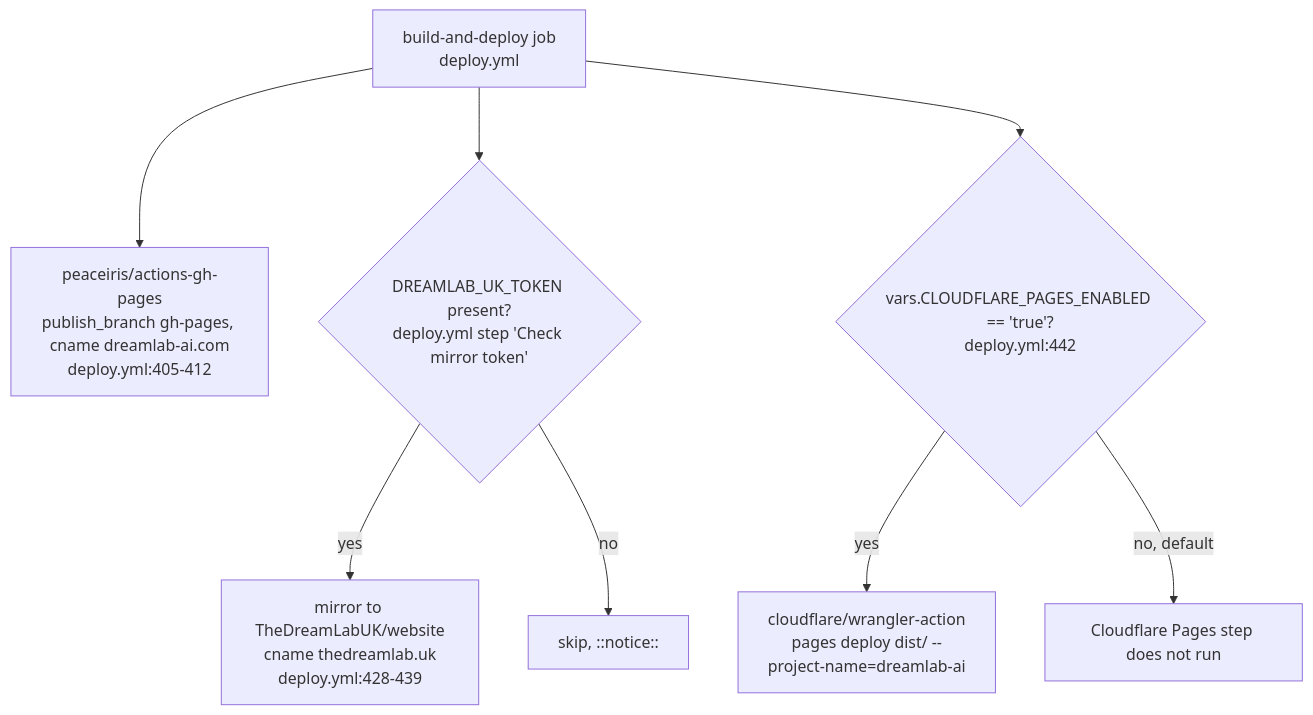
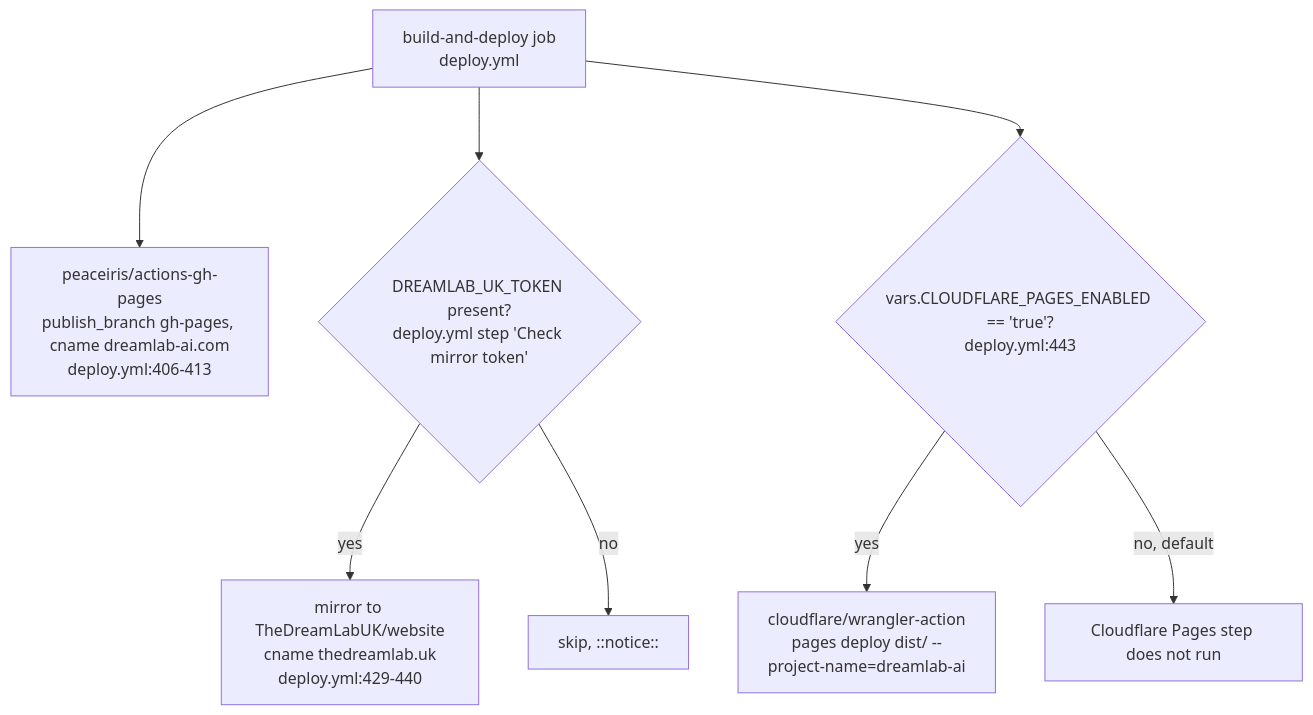
One commit to DreamLab-AI/VisionFlow changed the third of 7 diagrams in docs/diagrams/dreamlab-ai-website/01-repo-composition-and-deploy-topology.md. Above: the diagram before and after it, drawn with Mermaid. The commit also changed other lines of this file and 8 other files, not shown here.

First line of the commit message:
diagrams(dreamlab-ai-website): re-verify DW-01..08 and DW-10 at e255b2b

````diff
--- a/docs/diagrams/dreamlab-ai-website/01-repo-composition-and-deploy-topology.md
+++ b/docs/diagrams/dreamlab-ai-website/01-repo-composition-and-deploy-topology.md
@@ -53,10 +53,10 @@
 ```mermaid
 flowchart TB
-    BUILD["build-and-deploy job<br/>deploy.yml"] --> GHPAGES["peaceiris/actions-gh-pages<br/>publish_branch gh-pages, cname dreamlab-ai.com<br/>deploy.yml:405-412"]
+    BUILD["build-and-deploy job<br/>deploy.yml"] --> GHPAGES["peaceiris/actions-gh-pages<br/>publish_branch gh-pages, cname dreamlab-ai.com<br/>deploy.yml:406-413"]
     BUILD --> MIRROR{"DREAMLAB_UK_TOKEN present?<br/>deploy.yml step 'Check mirror token'"}
-    MIRROR -->|yes| MIRRORDEPLOY["mirror to TheDreamLabUK/website<br/>cname thedreamlab.uk<br/>deploy.yml:428-439"]
+    MIRROR -->|yes| MIRRORDEPLOY["mirror to TheDreamLabUK/website<br/>cname thedreamlab.uk<br/>deploy.yml:429-440"]
     MIRROR -->|no| SKIP["skip, ::notice::"]
-    BUILD --> CFGATE{"vars.CLOUDFLARE_PAGES_ENABLED == 'true'?<br/>deploy.yml:442"}
+    BUILD --> CFGATE{"vars.CLOUDFLARE_PAGES_ENABLED == 'true'?<br/>deploy.yml:443"}
     CFGATE -->|yes| CFPAGES["cloudflare/wrangler-action<br/>pages deploy dist/ --project-name=dreamlab-ai"]
     CFGATE -->|no, default| CFOFF["Cloudflare Pages step does not run"]
 ```
````
